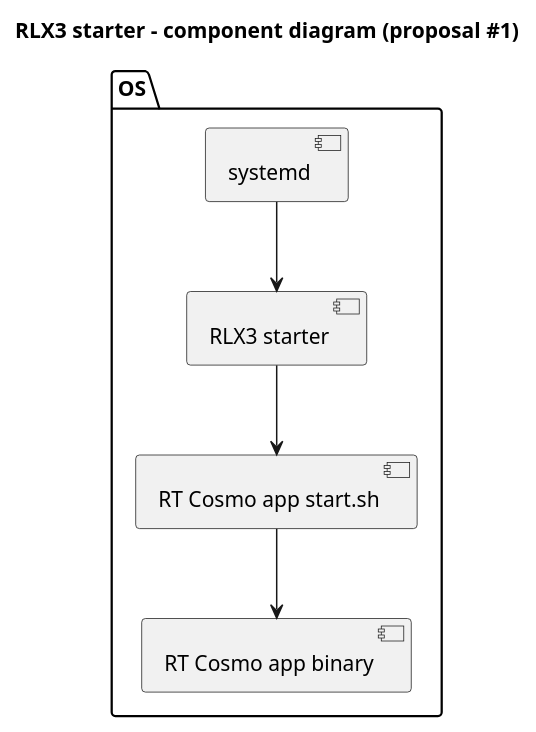
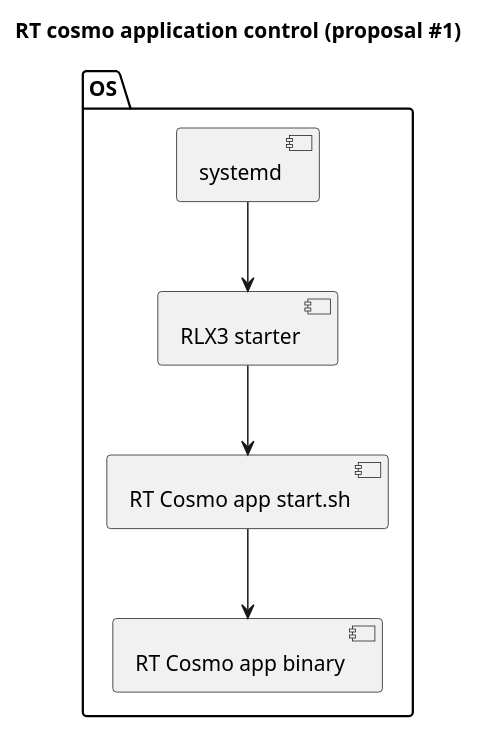
The diagram in proposals/1_rtcosmo_app_mng_component_proposal1.plantuml (hus0/sandbox), drawn with PlantUML before and after one commit. The commit also changed 6 other files, not shown here.

Commit message:
Change figure's title

```diff
--- a/proposals/1_rtcosmo_app_mng_component_proposal1.plantuml
+++ b/proposals/1_rtcosmo_app_mng_component_proposal1.plantuml
@@ -1,16 +1,16 @@
 @startuml
 
-title RLX3 starter - component diagram (proposal #1)
+title RT cosmo application control (proposal #1)
 
 package "OS" {
     component [systemd] as systemd
     component [RLX3 starter] as rlx3starter
     component [RT Cosmo app start.sh] as rtcosmostart
     component [RT Cosmo app binary] as rtcosmoapp
 }
 
 systemd -down-> rlx3starter
 rlx3starter -down-> rtcosmostart
 rtcosmostart -down-> rtcosmoapp
 
 @enduml
```
